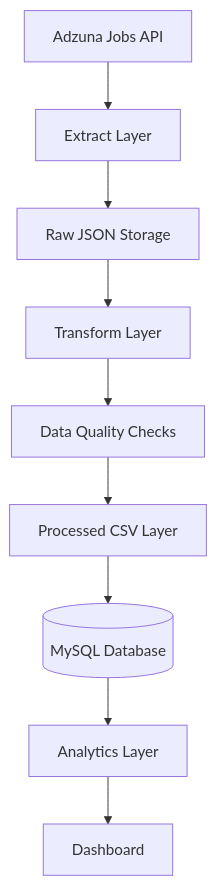
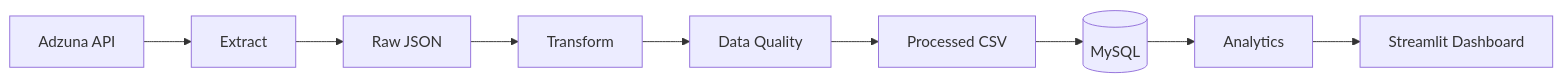
The diagram in README.md (Pranav-MSK/job-market-intelligence), drawn with Mermaid before and after one commit. The commit also changed other lines of this file and 4 other files, not shown here.

Commit message:
Add comprehensive documentation for the Job Market Intelligence Platform, including architecture, data pipeline, dashboard guide, and local setup instructions.

````diff
--- a/README.md
+++ b/README.md
@@ -41,22 +91,23 @@
 ```mermaid
-flowchart TD
+flowchart LR
 
-    A[Adzuna Jobs API]
-    B[Extract Layer]
-    C[Raw JSON Storage]
-    D[Transform Layer]
-    E[Data Quality Checks]
-    F[Processed CSV Layer]
-    G[(MySQL Database)]
-    H[Analytics Layer]
-    I[Dashboard]
+    A[Adzuna API]
+    B[Extract]
+    C[Raw JSON]
+    D[Transform]
+    E[Data Quality]
+    F[Processed CSV]
+    G[(MySQL)]
+    H[Analytics]
+    I[Streamlit Dashboard]
 
     A --> B
     B --> C
     C --> D
     D --> E
     E --> F
     F --> G
     G --> H
     H --> I
+
 ```
````
